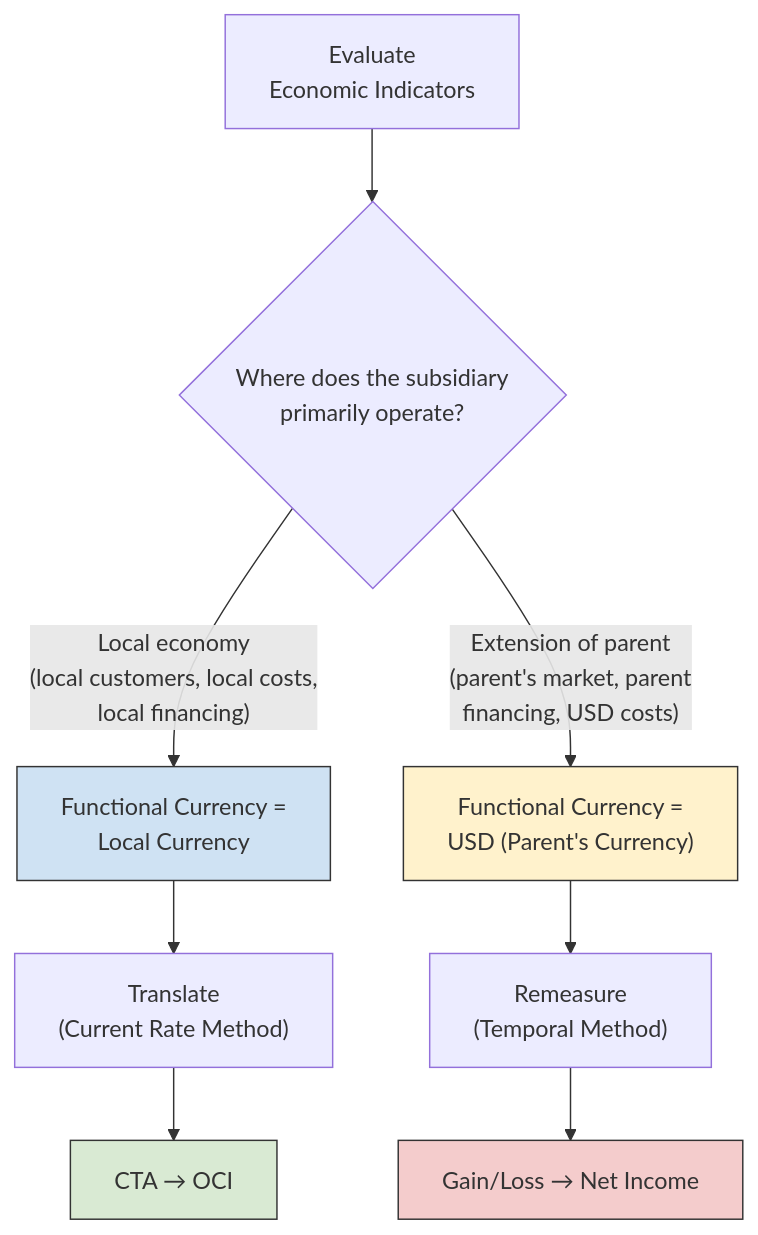
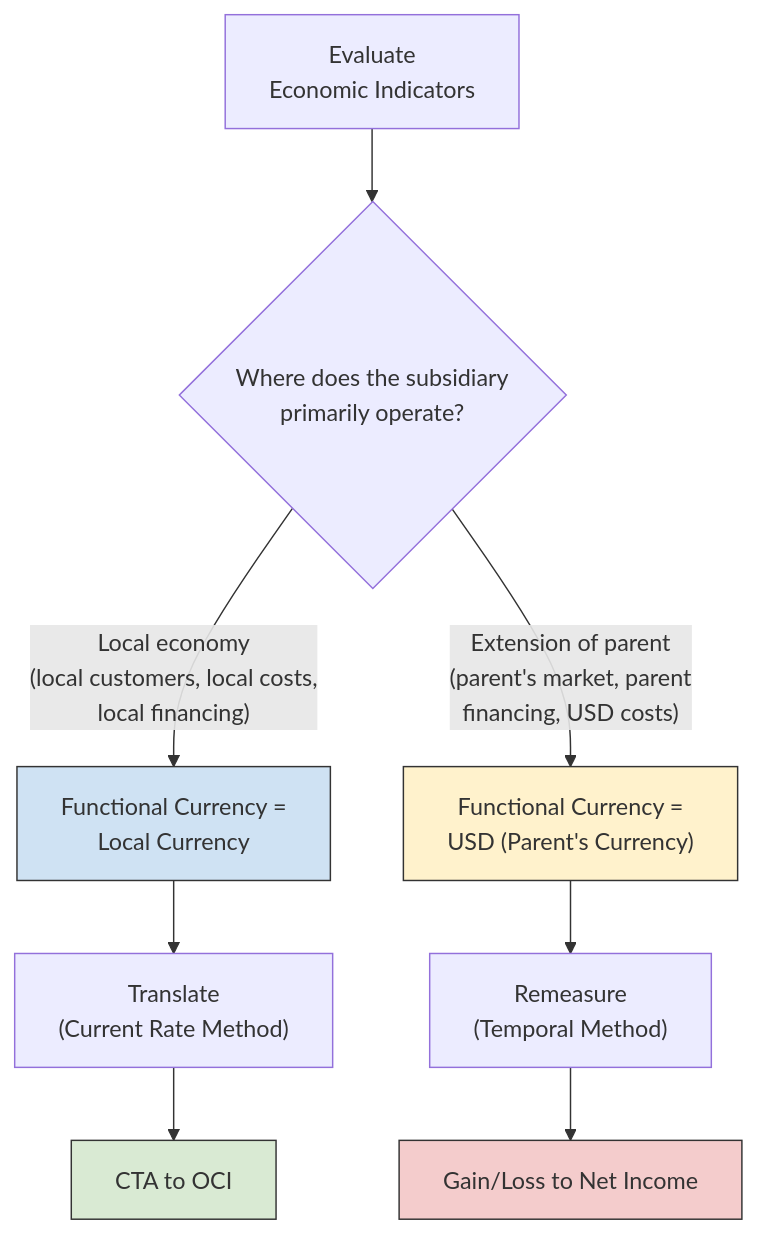
Before and after one commit to subwaymatch/cpabear-book: the third of 3 diagrams in docs/bar/technical-accounting-combinations-and-reporting/consolidated-financial-statements.md, drawn with Mermaid. The commit also changed other lines of this file and 222 other files, not shown here.

````diff
--- a/docs/bar/technical-accounting-combinations-and-reporting/consolidated-financial-statements.md
+++ b/docs/bar/technical-accounting-combinations-and-reporting/consolidated-financial-statements.md
@@ -186,14 +186,14 @@
 ```mermaid
 graph TD
     A["Evaluate<br/>Economic Indicators"] --> B{"Where does the subsidiary<br/>primarily operate?"}
     B -->|"Local economy<br/>(local customers, local costs,<br/>local financing)"| C["Functional Currency =<br/>Local Currency"]
     B -->|"Extension of parent<br/>(parent's market, parent<br/>financing, USD costs)"| D["Functional Currency =<br/>USD (Parent's Currency)"]
     C --> E["Translate<br/>(Current Rate Method)"]
     D --> F["Remeasure<br/>(Temporal Method)"]
-    E --> G["CTA → OCI"]
-    F --> H["Gain/Loss → Net Income"]
+    E --> G["CTA to OCI"]
+    F --> H["Gain/Loss to Net Income"]
     style C fill:#cfe2f3,stroke:#333
     style D fill:#fff2cc,stroke:#333
     style G fill:#d9ead3,stroke:#333
     style H fill:#f4cccc,stroke:#333
 ```
````
